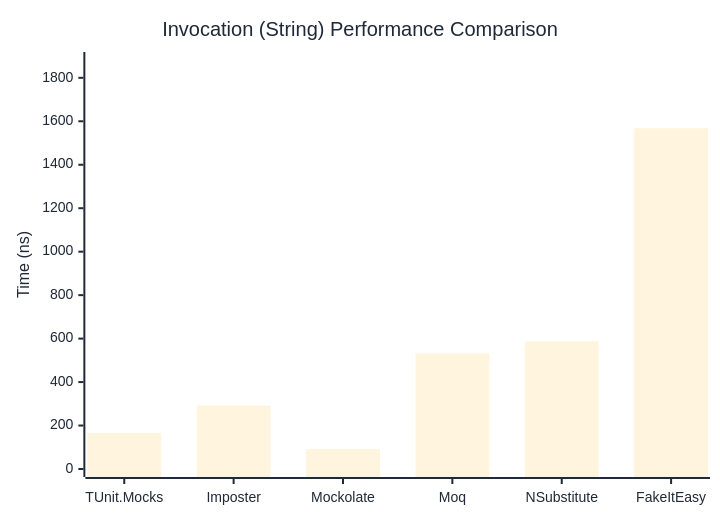
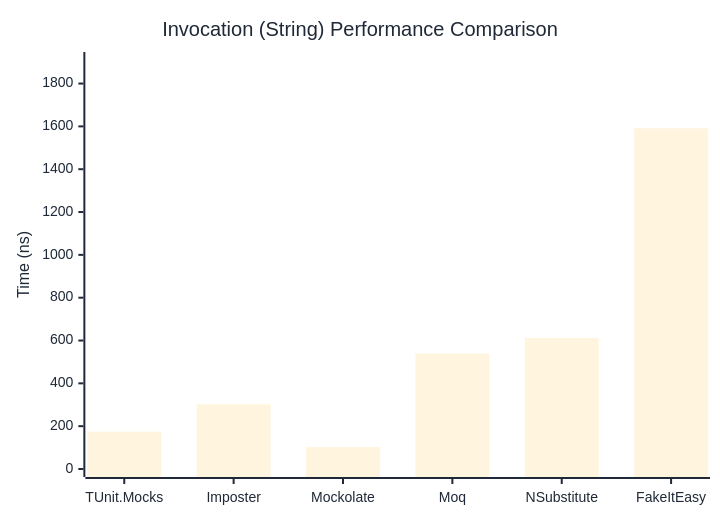
One commit to thomhurst/TUnit changed the second of 3 diagrams in docs/docs/benchmarks/mocks/Invocation.md. Above: the diagram before and after it, drawn with Mermaid. The commit also changed other lines of this file and 14 other files, not shown here.

````diff
--- a/docs/docs/benchmarks/mocks/Invocation.md
+++ b/docs/docs/benchmarks/mocks/Invocation.md
@@ -71,27 +71,27 @@
 ```mermaid
 %%{init: {
   'theme':'base',
   'themeVariables': {
     'primaryColor': '#2563eb',
     'primaryTextColor': '#1f2937',
     'primaryBorderColor': '#1e40af',
     'lineColor': '#6b7280',
     'secondaryColor': '#7c3aed',
     'tertiaryColor': '#dc2626',
     'background': '#ffffff',
     'pie1': '#2563eb',
     'pie2': '#7c3aed',
     'pie3': '#dc2626',
     'pie4': '#f59e0b',
     'pie5': '#10b981',
     'pie6': '#06b6d4',
     'pie7': '#ec4899',
     'pie8': '#6366f1'
   }
 }}%%
 xychart-beta
   title "Invocation (String) Performance Comparison"
   x-axis ["TUnit.Mocks", "Imposter", "Mockolate", "Moq", "NSubstitute", "FakeItEasy"]
-  y-axis "Time (ns)" 0 --> 1882
-  bar [165.79, 291.43, 91.73, 532.28, 587.14, 1567.77]
+  y-axis "Time (ns)" 0 --> 1910
+  bar [174.1, 302.1, 102.2, 538.7, 612, 1591.1]
 ```
````
